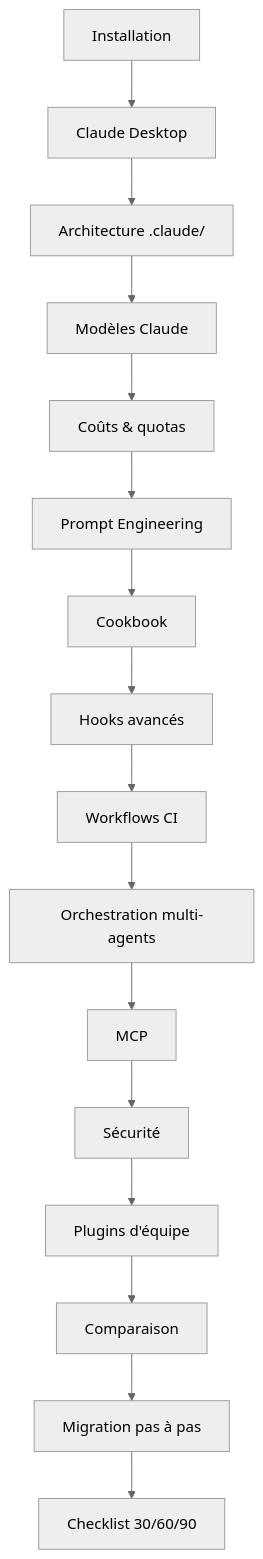
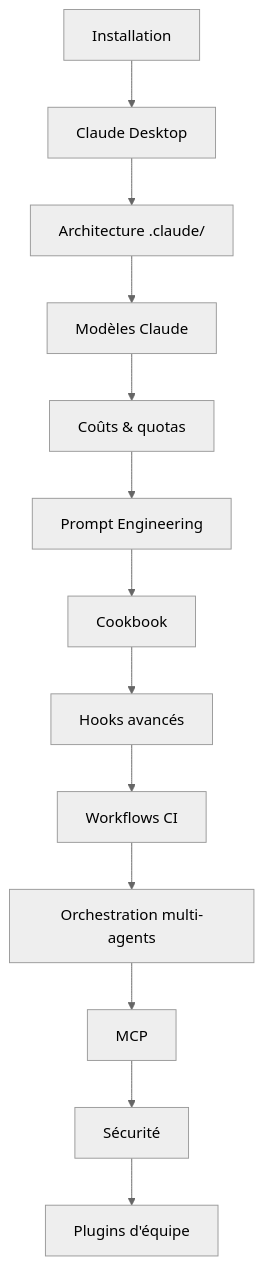
One commit to FTurleque/doc-utilisation-ia changed the diagram in docs/chapitre-3b-claude-code-migration-copilot/index.md. Above: the diagram before and after it, drawn with Mermaid (neutral theme). The commit also changed other lines of this file and 190 other files, not shown here.

````diff
--- a/docs/chapitre-3b-claude-code-migration-copilot/index.md
+++ b/docs/chapitre-3b-claude-code-migration-copilot/index.md
@@ -118,18 +101,15 @@
 ```mermaid
 graph TD
     I["Installation"] --> D["Claude Desktop"]
     D --> A["Architecture .claude/"]
     A --> MOD["Modèles Claude"]
     MOD --> CO["Coûts & quotas"]
     CO --> P["Prompt Engineering"]
     P --> CK["Cookbook"]
     CK --> HK["Hooks avancés"]
     HK --> CI["Workflows CI"]
     CI --> ORCH["Orchestration multi-agents"]
     ORCH --> MCP["MCP"]
     MCP --> SEC["Sécurité"]
     SEC --> PL["Plugins d'équipe"]
-    PL --> C["Comparaison"]
-    C --> M["Migration pas à pas"]
-    M --> J["Checklist 30/60/90"]
 ```
````
